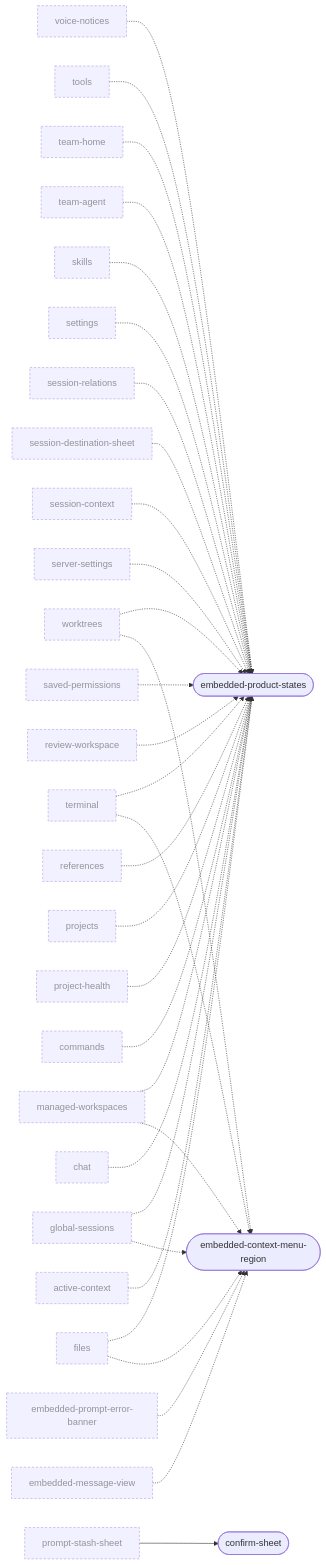
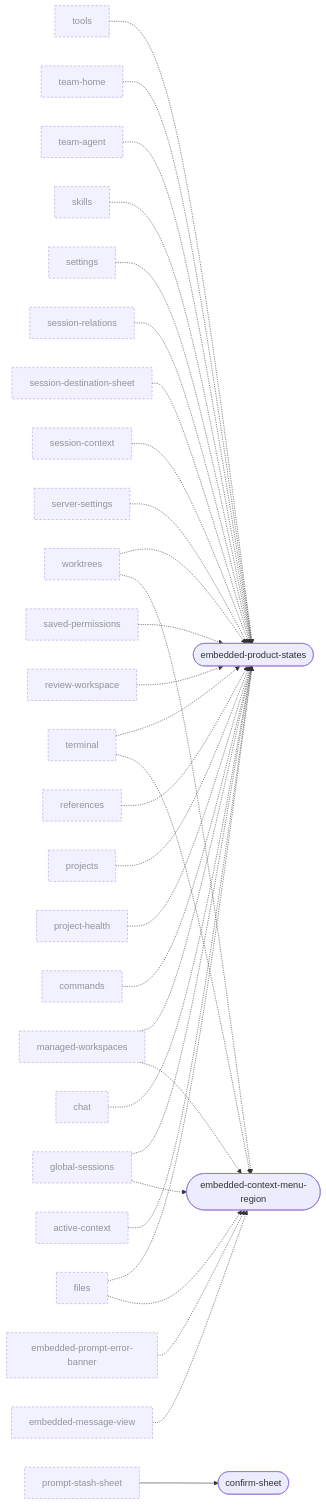
Before and after one commit to Eslamasabry/opencode-mobile-next: the tenth of 10 diagrams in docs/design/ui-ledger/navigation.md, drawn with Mermaid. The commit also changed other lines of this file and 44 other files, not shown here.

````diff
--- a/docs/design/ui-ledger/navigation.md
+++ b/docs/design/ui-ledger/navigation.md
@@ -1242,64 +1235,62 @@
 ```mermaid
 graph LR
   active_context["active-context"]:::ext
   chat["chat"]:::ext
   commands["commands"]:::ext
   confirm_sheet(["confirm-sheet"])
   embedded_context_menu_region(["embedded-context-menu-region"])
   embedded_message_view["embedded-message-view"]:::ext
   embedded_product_states(["embedded-product-states"])
   embedded_prompt_error_banner["embedded-prompt-error-banner"]:::ext
   files["files"]:::ext
   global_sessions["global-sessions"]:::ext
   managed_workspaces["managed-workspaces"]:::ext
   project_health["project-health"]:::ext
   projects["projects"]:::ext
   prompt_stash_sheet["prompt-stash-sheet"]:::ext
   references["references"]:::ext
   review_workspace["review-workspace"]:::ext
   saved_permissions["saved-permissions"]:::ext
   server_settings["server-settings"]:::ext
   session_context["session-context"]:::ext
   session_destination_sheet["session-destination-sheet"]:::ext
   session_relations["session-relations"]:::ext
   settings["settings"]:::ext
   skills["skills"]:::ext
   team_agent["team-agent"]:::ext
   team_home["team-home"]:::ext
   terminal["terminal"]:::ext
   tools["tools"]:::ext
-  voice_notices["voice-notices"]:::ext
   worktrees["worktrees"]:::ext
   prompt_stash_sheet --> confirm_sheet
   embedded_message_view -.-> embedded_context_menu_region
   embedded_prompt_error_banner -.-> embedded_context_menu_region
   files -.-> embedded_context_menu_region
   global_sessions -.-> embedded_context_menu_region
   managed_workspaces -.-> embedded_context_menu_region
   terminal -.-> embedded_context_menu_region
   worktrees -.-> embedded_context_menu_region
   active_context -.-> embedded_product_states
   chat -.-> embedded_product_states
   commands -.-> embedded_product_states
   files -.-> embedded_product_states
   global_sessions -.-> embedded_product_states
   managed_workspaces -.-> embedded_product_states
   project_health -.-> embedded_product_states
   projects -.-> embedded_product_states
   references -.-> embedded_product_states
   review_workspace -.-> embedded_product_states
   saved_permissions -.-> embedded_product_states
   server_settings -.-> embedded_product_states
   session_context -.-> embedded_product_states
   session_destination_sheet -.-> embedded_product_states
   session_relations -.-> embedded_product_states
   settings -.-> embedded_product_states
   skills -.-> embedded_product_states
   team_agent -.-> embedded_product_states
   team_home -.-> embedded_product_states
   terminal -.-> embedded_product_states
   tools -.-> embedded_product_states
-  voice_notices -.-> embedded_product_states
   worktrees -.-> embedded_product_states
   classDef ext stroke-dasharray: 4 3,opacity:0.7
 ```
````
